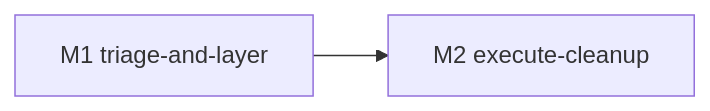
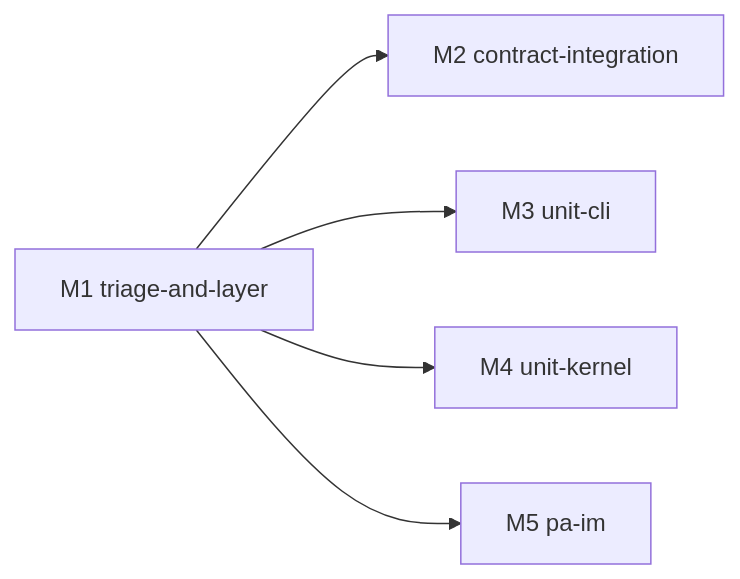
The diagram in docs/changes/refactor-372-test-suite-health/design.md (Mrchen116/nano-multiagent), drawn with Mermaid before and after one commit. The commit also changed other lines of this file, not shown here.

First line of the commit message:
docs(refactor-372): M2 定稿 — execute-cleanup 拆 4 并行 milestone(M2/M3/M4/M5)

````diff
--- a/docs/changes/refactor-372-test-suite-health/design.md
+++ b/docs/changes/refactor-372-test-suite-health/design.md
@@ -169,4 +179,7 @@
 ```mermaid
 graph LR
-  M1[M1 triage-and-layer] --> M2[M2 execute-cleanup]
+  M1[M1 triage-and-layer] --> M2[M2 contract-integration]
+  M1 --> M3[M3 unit-cli]
+  M1 --> M4[M4 unit-kernel]
+  M1 --> M5[M5 pa-im]
 ```
````
